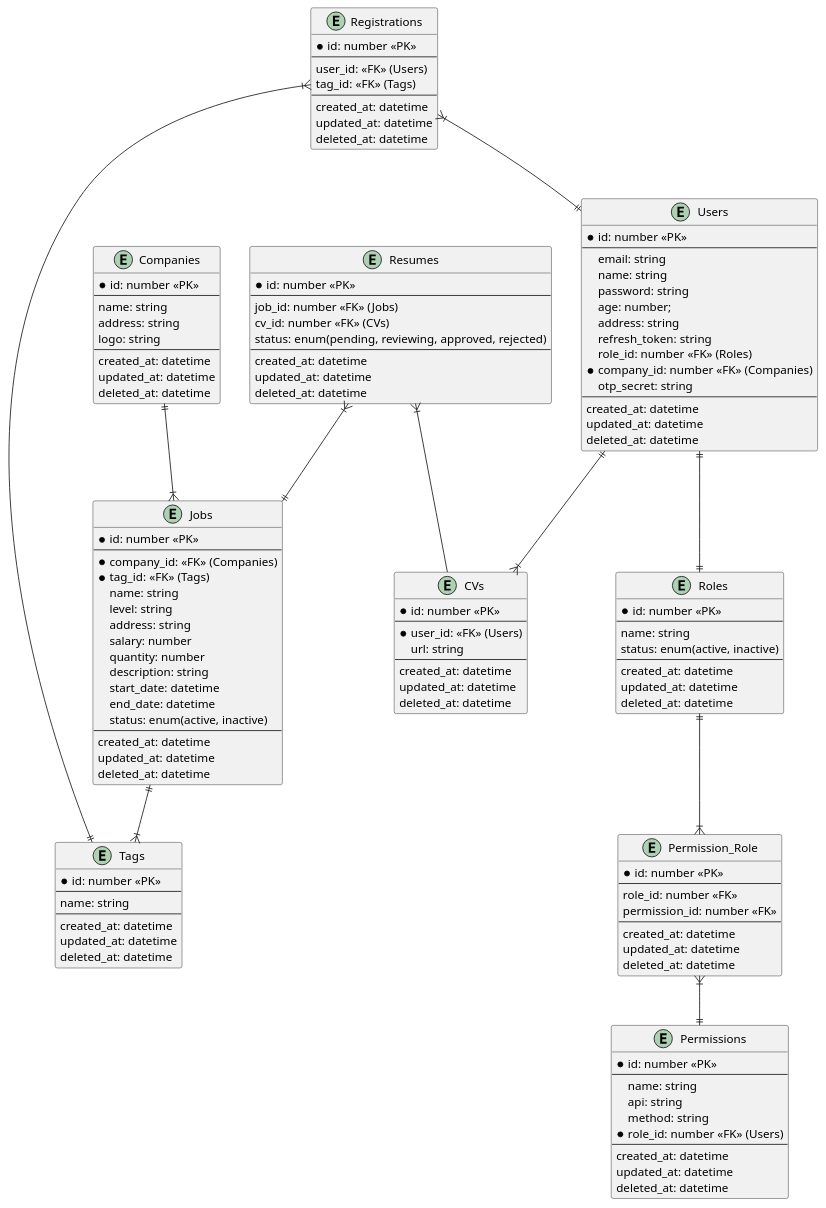
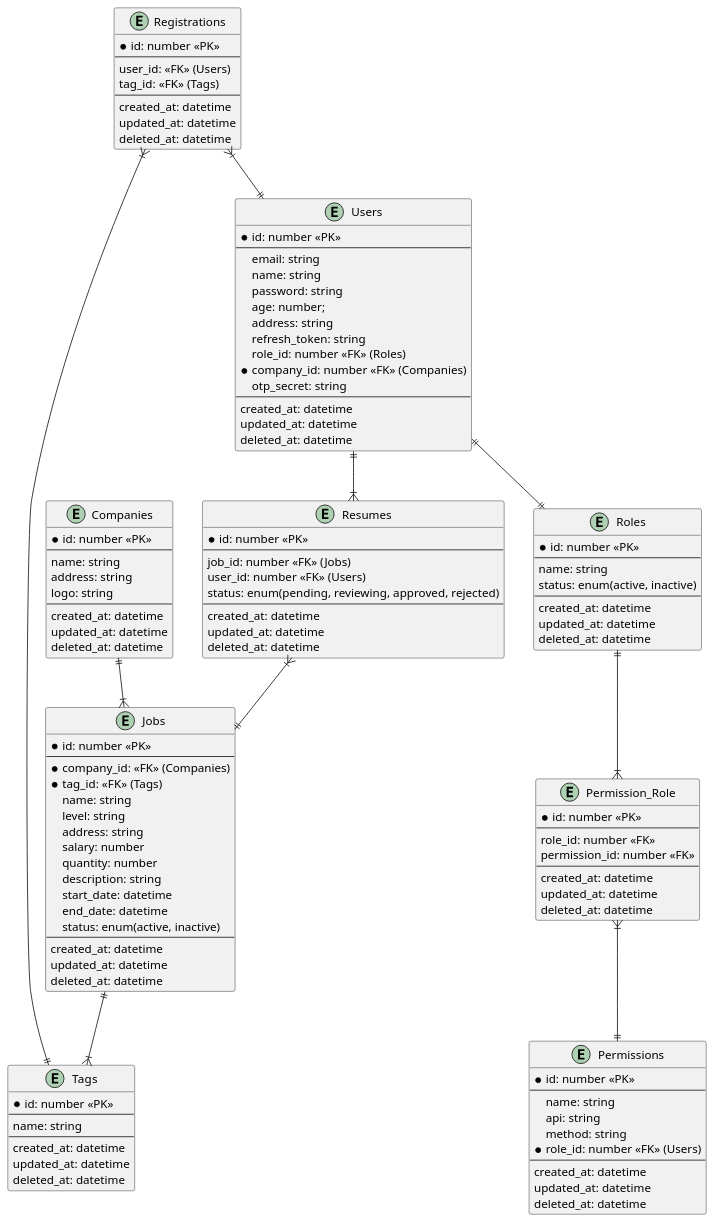
Before and after one commit to luongtruong20201/recruitment_: the diagram in design/database.puml, drawn with PlantUML. The commit also changed 52 other files, not shown here.

```diff
--- a/design/database.puml
+++ b/design/database.puml
@@ -1,148 +1,136 @@
 @startuml database
 
 entity Users {
   *id: number <<PK>>
   --
   email: string
   name: string
   password: string
   age: number;
   address: string
   refresh_token: string
   role_id: number <<FK>> (Roles)
   *company_id: number <<FK>> (Companies)
   otp_secret: string
   --
   created_at: datetime
   updated_at: datetime
   deleted_at: datetime
 }
 
 entity Companies {
   * id: number <<PK>>
   --
   name: string
   address: string
   logo: string
   --
   created_at: datetime
   updated_at: datetime
   deleted_at: datetime
 }
 
 entity Jobs {
   * id: number <<PK>>
   --
   *company_id: <<FK>> (Companies)
   *tag_id: <<FK>> (Tags)
   name: string
   level: string
   address: string
   salary: number
   quantity: number
   description: string
   start_date: datetime
   end_date: datetime
   status: enum(active, inactive)
   --
   created_at: datetime
   updated_at: datetime
   deleted_at: datetime
 }
 
-entity CVs {
-  * id: number <<PK>>
-  --
-  * user_id: <<FK>> (Users)
-  url: string
-  --
-  created_at: datetime
-  updated_at: datetime
-  deleted_at: datetime
-}
-
 entity Resumes {
   * id: number <<PK>>
   --
   job_id: number <<FK>> (Jobs)
-  cv_id: number <<FK>> (CVs)
+  user_id: number <<FK>> (Users)
   status: enum(pending, reviewing, approved, rejected)
   --
   created_at: datetime
   updated_at: datetime
   deleted_at: datetime
 }
 
 entity Roles {
   * id: number <<PK>>
   --
   name: string
   status: enum(active, inactive)
   --
   created_at: datetime
   updated_at: datetime
   deleted_at: datetime
 }
 
 entity Permissions {
   *id: number <<PK>>
   --
   name: string
   api: string
   method: string
   *role_id: number <<FK>> (Users)
   --
   created_at: datetime
   updated_at: datetime
   deleted_at: datetime
 }
 
 entity Tags {
   * id: number <<PK>>
   --
   name: string
   --
   created_at: datetime
   updated_at: datetime
   deleted_at: datetime
 }
 
 entity Registrations {
   * id: number <<PK>>
   --
   user_id: <<FK>> (Users)
   tag_id: <<FK>> (Tags)
   --
   created_at: datetime
   updated_at: datetime
   deleted_at: datetime
 }
 
 entity Permission_Role {
   *id: number <<PK>>
   --
   role_id: number <<FK>>
   permission_id: number <<FK>>
   --
   created_at: datetime
   updated_at: datetime
   deleted_at: datetime
 }
 
 Users ||--|| Roles
 
-Users ||--|{ CVs
+Users ||--|{ Resumes
 
 Roles ||--|{ Permission_Role
 Permission_Role }|--|| Permissions
 
 Companies ||--|{ Jobs
 Jobs ||--|{ Tags
 
 Resumes }|--|| Jobs
-Resumes }|-- CVs
 
 Registrations }|--|| Tags
 Registrations }|--|| Users
 
 @enduml
```
